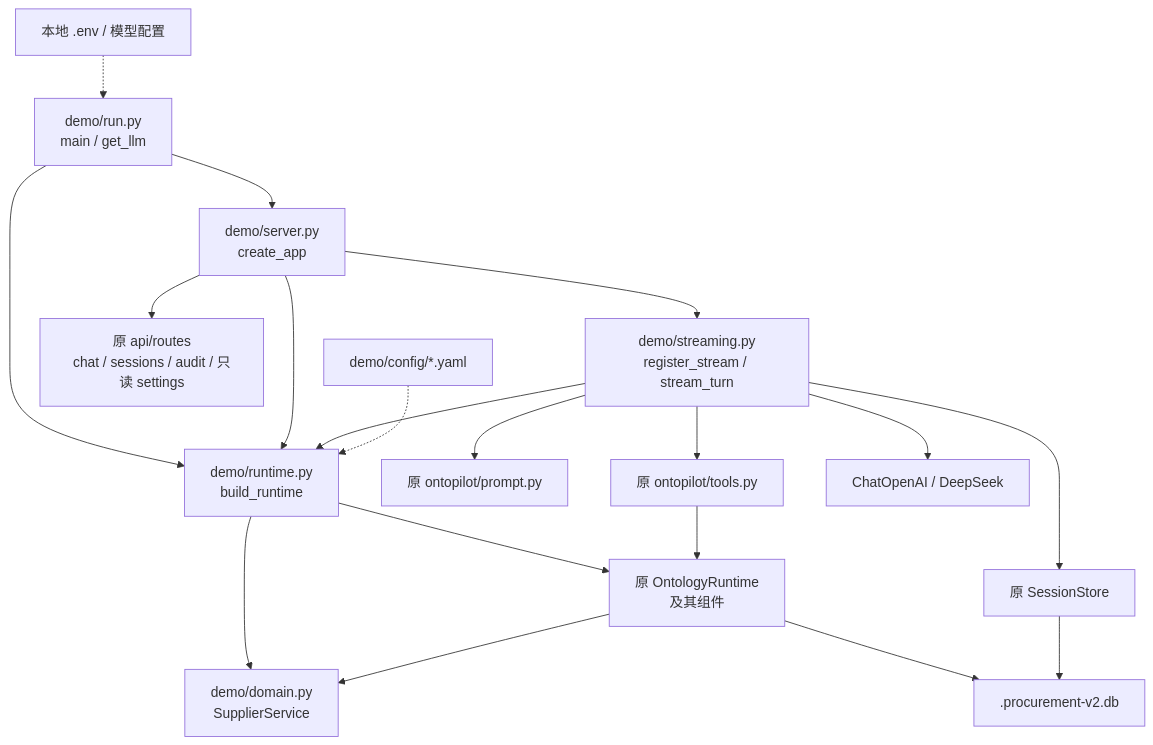
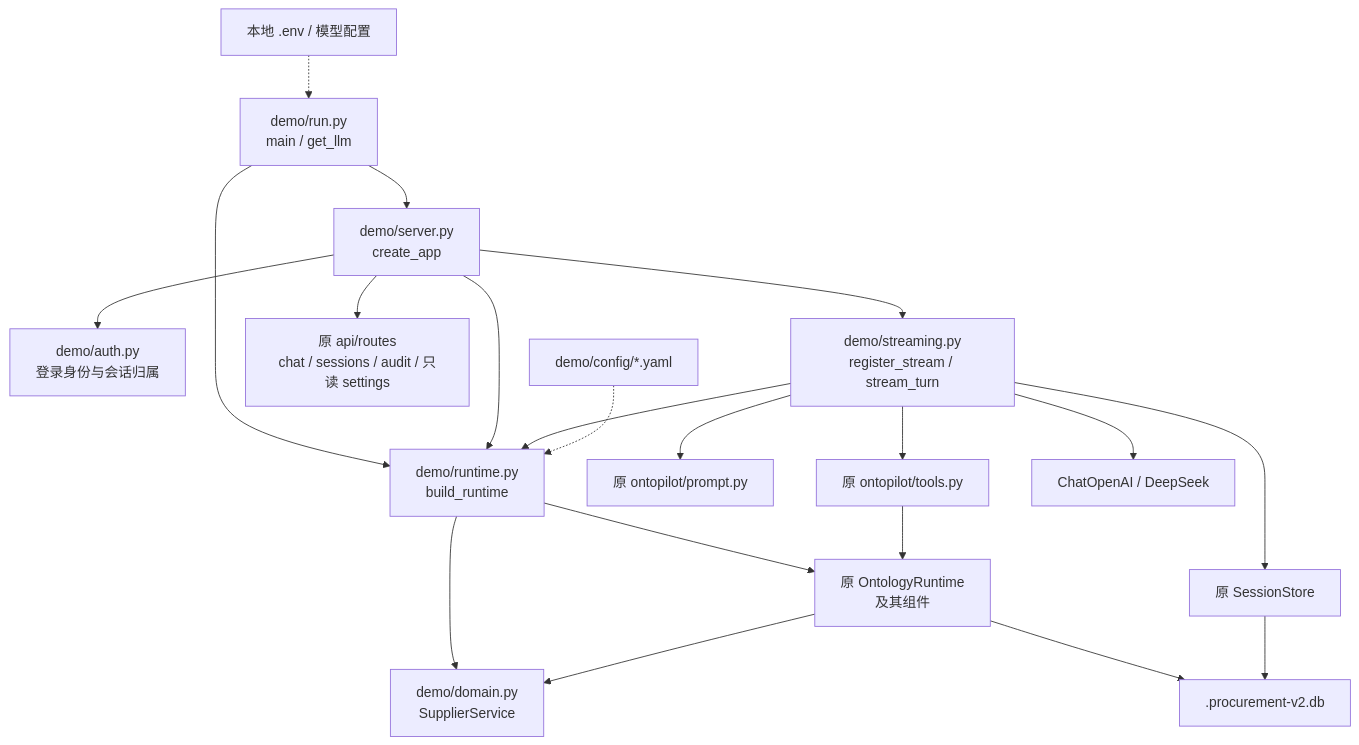
Before and after one commit to singlesinglepenpenguin/ontology_study_demo: the first of 6 diagrams in OntoPilot_代码依赖图谱.md, drawn with Mermaid. The commit also changed other lines of this file and 26 other files, not shown here.

````diff
--- a/OntoPilot_代码依赖图谱.md
+++ b/OntoPilot_代码依赖图谱.md
@@ -50,21 +51,22 @@
 ```mermaid
 flowchart TD
     Run["demo/run.py<br/>main / get_llm"] --> Server["demo/server.py<br/>create_app"]
     Run --> Build["demo/runtime.py<br/>build_runtime"]
+    Server --> Auth["demo/auth.py<br/>登录身份与会话归属"]
     Server --> Build
     Server --> Stream["demo/streaming.py<br/>register_stream / stream_turn"]
     Server --> Routes["原 api/routes<br/>chat / sessions / audit / 只读 settings"]
     Stream --> Build
     Stream --> Prompt["原 ontopilot/prompt.py"]
     Stream --> Tools["原 ontopilot/tools.py"]
     Stream --> LLM["ChatOpenAI / DeepSeek"]
     Stream --> Sessions["原 SessionStore"]
     Build --> Domain["demo/domain.py<br/>SupplierService"]
     Build --> Core["原 OntologyRuntime<br/>及其组件"]
     Tools --> Core
     Core --> Domain
     Core --> SQLite[".procurement-v2.db"]
     Sessions --> SQLite
     Config["demo/config/*.yaml"] -.-> Build
     Env["本地 .env / 模型配置"] -.-> Run
 ```
````
